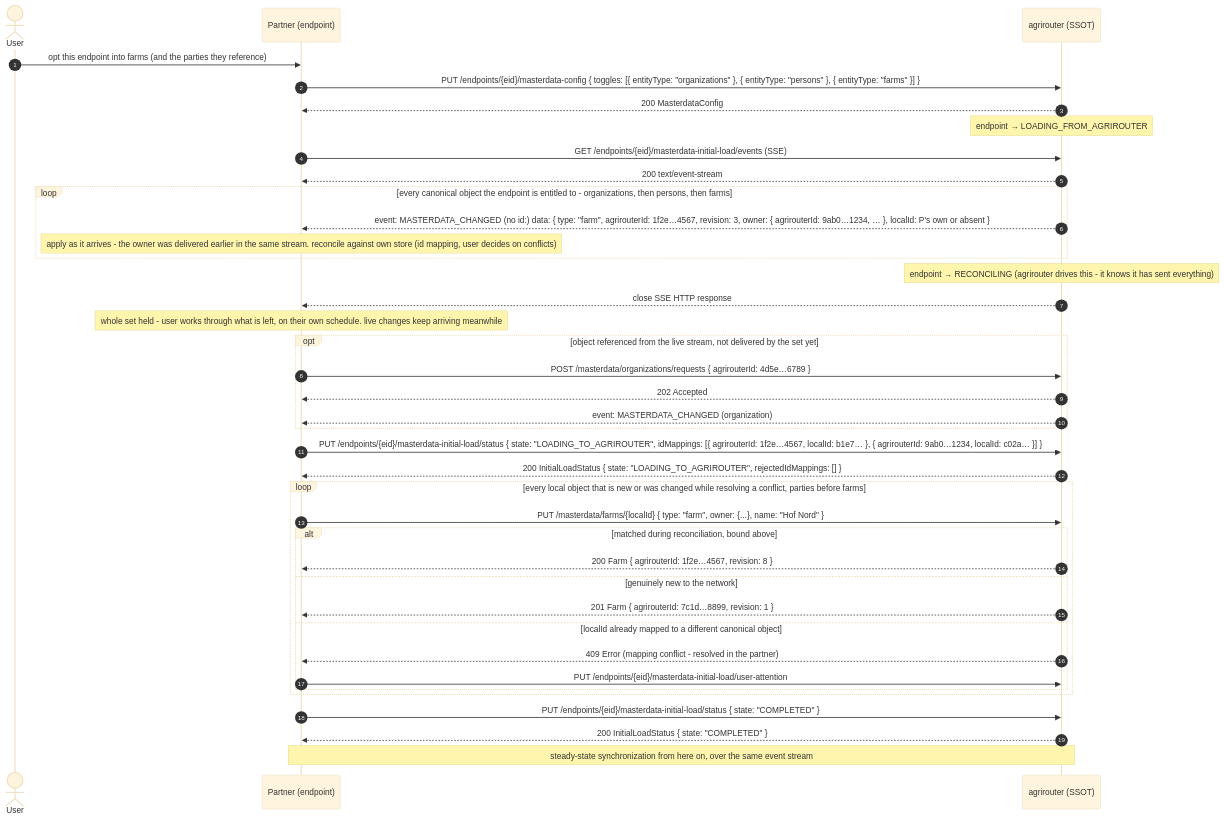
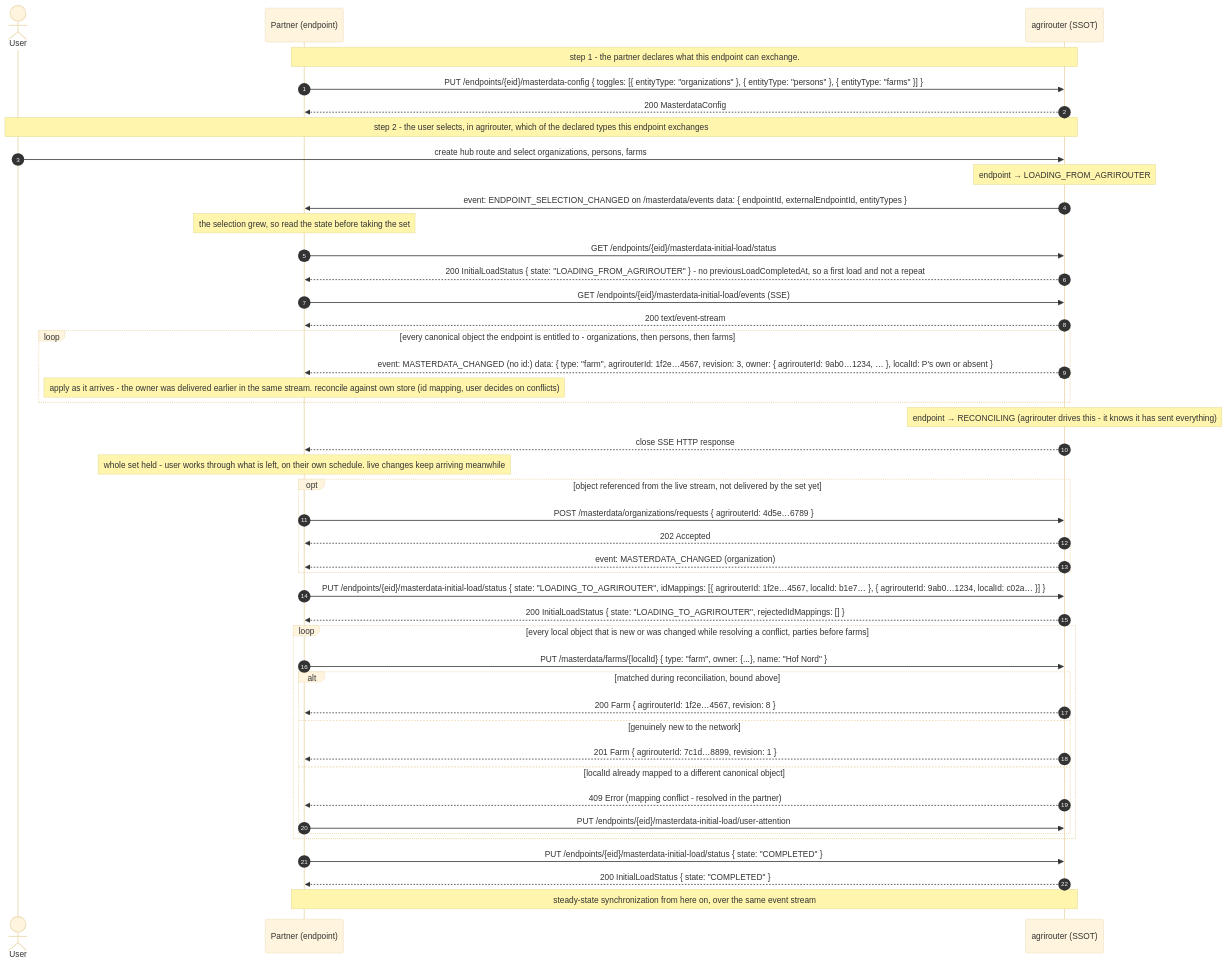
The second of 3 diagrams in architecture/06-initial-load.md (DKE-Data/masterdata-sync-working-group), drawn with Mermaid (base theme) before and after one commit. The commit also changed other lines of this file and 4 other files, not shown here.

Commit message:
Add initial load notification mechanism

````diff
--- a/architecture/06-initial-load.md
+++ b/architecture/06-initial-load.md
@@ -94,47 +94,53 @@
 ```mermaid
 %% ceasg:{"id":"8xpvwi5e"} %%
 sequenceDiagram
     autonumber
     actor U as User
     participant P as Partner (endpoint)
     participant AR as agrirouter (SSOT)
 
-    U->>P: opt this endpoint into farms (and the parties they reference)
+    Note over P,AR: step 1 - the partner declares what this endpoint can exchange.
     P->>AR: PUT /endpoints/{eid}/masterdata-config { toggles: [{ entityType: "organizations" }, { entityType: "persons" }, { entityType: "farms" }] }
     AR-->>P: 200 MasterdataConfig
+    Note over U,AR: step 2 - the user selects, in agrirouter, which of the declared types this endpoint exchanges
+    U->>AR: create hub route and select organizations, persons, farms
     Note over AR: endpoint → LOADING_FROM_AGRIROUTER
+    AR->>P: event: ENDPOINT_SELECTION_CHANGED on /masterdata/events data: { endpointId, externalEndpointId, entityTypes }
 
+    Note over P: the selection grew, so read the state before taking the set
+    P->>AR: GET /endpoints/{eid}/masterdata-initial-load/status
+    AR-->>P: 200 InitialLoadStatus { state: "LOADING_FROM_AGRIROUTER" } - no previousLoadCompletedAt, so a first load and not a repeat
     P->>AR: GET /endpoints/{eid}/masterdata-initial-load/events (SSE)
     AR-->>P: 200 text/event-stream
     loop every canonical object the endpoint is entitled to - organizations, then persons, then farms
         AR-->>P: event: MASTERDATA_CHANGED (no id:) data: { type: "farm", agrirouterId: 1f2e…4567, revision: 3, owner: { agrirouterId: 9ab0…1234, … }, localId: P's own or absent }
         Note over P: apply as it arrives - the owner was delivered earlier in the same stream. reconcile against own store (id mapping, user decides on conflicts)
     end
     Note over AR: endpoint → RECONCILING (agrirouter drives this - it knows it has sent everything)
     AR-->>P: close SSE HTTP response
     Note over P: whole set held - user works through what is left, on their own schedule. live changes keep arriving meanwhile
     opt object referenced from the live stream, not delivered by the set yet
         P->>AR: POST /masterdata/organizations/requests { agrirouterId: 4d5e…6789 }
         AR-->>P: 202 Accepted
         AR-->>P: event: MASTERDATA_CHANGED (organization)
     end
 
     P->>AR: PUT /endpoints/{eid}/masterdata-initial-load/status { state: "LOADING_TO_AGRIROUTER", idMappings: [{ agrirouterId: 1f2e…4567, localId: b1e7… }, { agrirouterId: 9ab0…1234, localId: c02a… }] }
     AR-->>P: 200 InitialLoadStatus { state: "LOADING_TO_AGRIROUTER", rejectedIdMappings: [] }
 
     loop every local object that is new or was changed while resolving a conflict, parties before farms
         P->>AR: PUT /masterdata/farms/{localId} { type: "farm", owner: {...}, name: "Hof Nord" }
         alt matched during reconciliation, bound above
             AR-->>P: 200 Farm { agrirouterId: 1f2e…4567, revision: 8 }
         else genuinely new to the network
             AR-->>P: 201 Farm { agrirouterId: 7c1d…8899, revision: 1 }
         else localId already mapped to a different canonical object
             AR-->>P: 409 Error (mapping conflict - resolved in the partner)
             P->>AR: PUT /endpoints/{eid}/masterdata-initial-load/user-attention
         end
     end
 
     P->>AR: PUT /endpoints/{eid}/masterdata-initial-load/status { state: "COMPLETED" }
     AR-->>P: 200 InitialLoadStatus { state: "COMPLETED" }
     Note over P,AR: steady-state synchronization from here on, over the same event stream
 ```
````
